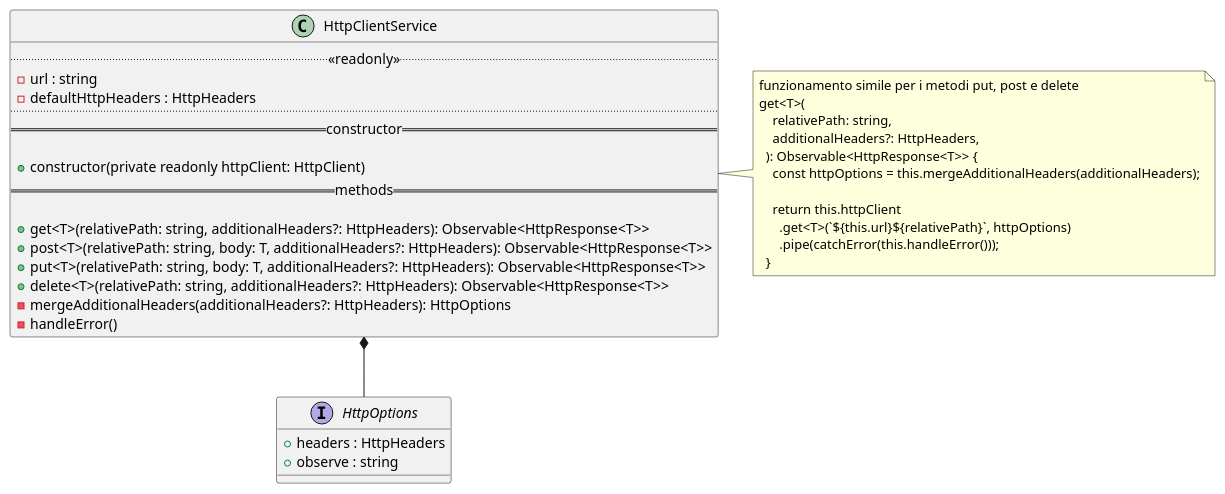
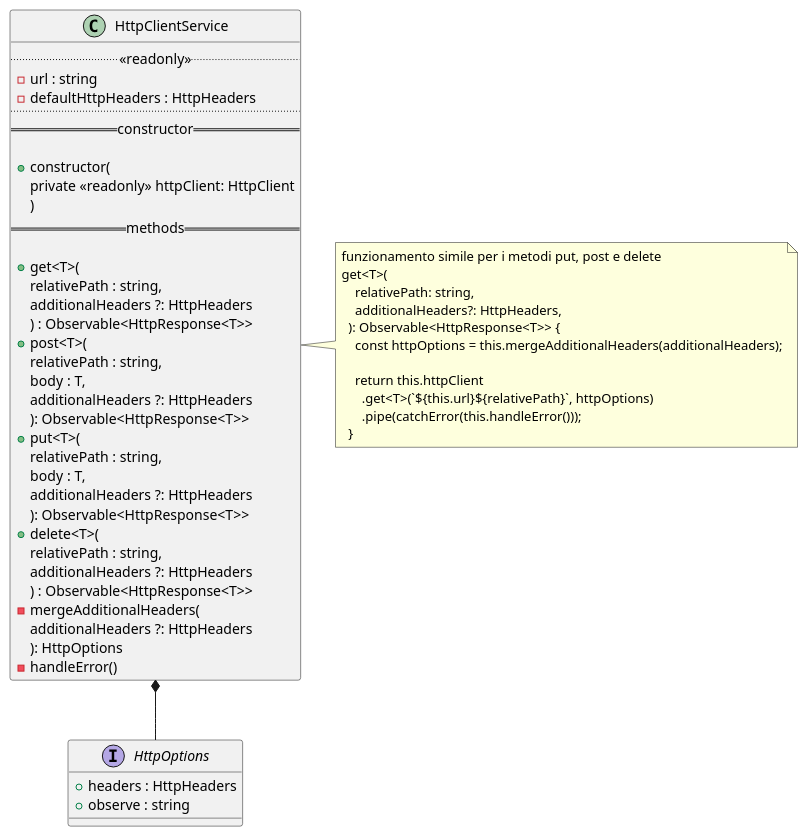
The diagram in docs/diagrams/services/http-clientservice.pu (GruppOne/stalker-web-app), drawn with PlantUML before and after one commit. The commit also changed 12 other files, not shown here.

Commit message:
docs: add newlines to better rendering of diagrams

```diff
--- a/docs/diagrams/services/http-clientservice.pu
+++ b/docs/diagrams/services/http-clientservice.pu
@@ -1,39 +1,57 @@
 @startuml HttpClientService
 interface HttpOptions  {
   + headers : HttpHeaders
   + observe : string
 }
  class HttpClientService {
    ..<<readonly>>..
   - url : string
   - defaultHttpHeaders : HttpHeaders
   ....
   == constructor ==
 
-  + constructor(private readonly httpClient: HttpClient)
+  + constructor(
+    private <<readonly>> httpClient: HttpClient
+    )
   == methods ==
 
-  + get<T>(relativePath: string, additionalHeaders?: HttpHeaders): Observable<HttpResponse<T>>
-  + post<T>(relativePath: string, body: T, additionalHeaders?: HttpHeaders): Observable<HttpResponse<T>>
-  + put<T>(relativePath: string, body: T, additionalHeaders?: HttpHeaders): Observable<HttpResponse<T>>
-  + delete<T>(relativePath: string, additionalHeaders?: HttpHeaders): Observable<HttpResponse<T>>
-  - mergeAdditionalHeaders(additionalHeaders?: HttpHeaders): HttpOptions
+  + get<T>(
+    relativePath : string,
+    additionalHeaders ?: HttpHeaders
+    ) : Observable<HttpResponse<T>>
+  + post<T>(
+    relativePath : string,
+    body : T,
+    additionalHeaders ?: HttpHeaders
+    ): Observable<HttpResponse<T>>
+  + put<T>(
+    relativePath : string,
+    body : T,
+    additionalHeaders ?: HttpHeaders
+    ): Observable<HttpResponse<T>>
+  + delete<T>(
+    relativePath : string,
+    additionalHeaders ?: HttpHeaders
+    ) : Observable<HttpResponse<T>>
+  - mergeAdditionalHeaders(
+    additionalHeaders ?: HttpHeaders
+    ): HttpOptions
   - handleError()
  }
 
 note right of HttpClientService
 funzionamento simile per i metodi put, post e delete
 get<T>(
     relativePath: string,
     additionalHeaders?: HttpHeaders,
   ): Observable<HttpResponse<T>> {
     const httpOptions = this.mergeAdditionalHeaders(additionalHeaders);
 
     return this.httpClient
       .get<T>(`${this.url}${relativePath}`, httpOptions)
       .pipe(catchError(this.handleError()));
   }
 end note
 
 HttpClientService *-- HttpOptions
 @enduml
```
